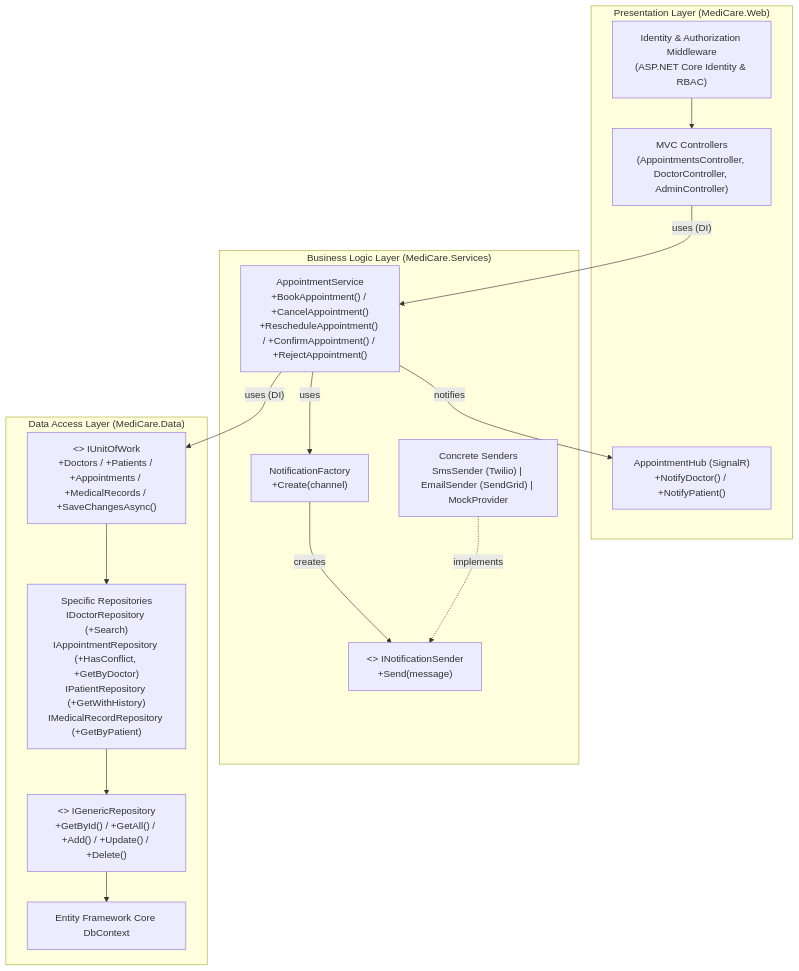
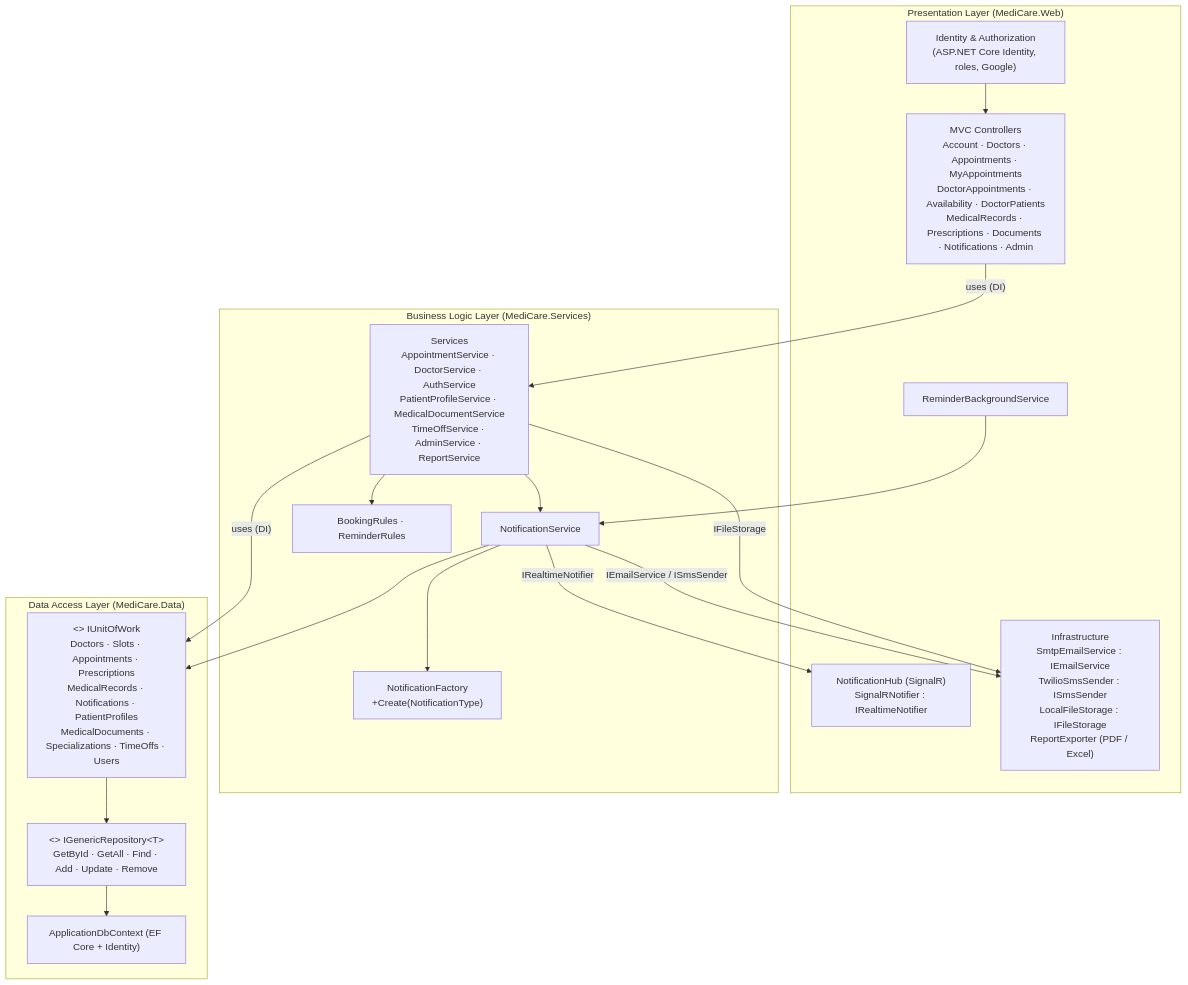
The second of 2 diagrams in mdFiles/4.5 System Deployment and Integration.md (3mrNasser/Medi-Care-Clinic-Management-Project-R5), drawn with Mermaid before and after one commit. The commit also changed other lines of this file and 18 other files, not shown here.

````diff
--- a/mdFiles/4.5 System Deployment and Integration.md
+++ b/mdFiles/4.5 System Deployment and Integration.md
@@ -68,33 +77,37 @@
 ```mermaid
 flowchart TB
     subgraph MediCare_Web ["Presentation Layer (MediCare.Web)"]
-        IdentityMW["Identity & Authorization Middleware<br/>(ASP.NET Core Identity & RBAC)"]
-        ApptCtrl["MVC Controllers<br/>(AppointmentsController, DoctorController, AdminController)"]
-        SignalRHub["AppointmentHub (SignalR)<br/>+NotifyDoctor() / +NotifyPatient()"]
+        IdentityMW["Identity & Authorization<br/>(ASP.NET Core Identity, roles, Google)"]
+        Ctrls["MVC Controllers<br/>Account · Doctors · Appointments · MyAppointments<br/>DoctorAppointments · Availability · DoctorPatients<br/>MedicalRecords · Prescriptions · Documents · Notifications · Admin"]
+        Hub["NotificationHub (SignalR)<br/>SignalRNotifier : IRealtimeNotifier"]
+        Job["ReminderBackgroundService"]
+        Infra["Infrastructure<br/>SmtpEmailService : IEmailService<br/>TwilioSmsSender : ISmsSender<br/>LocalFileStorage : IFileStorage<br/>ReportExporter (PDF / Excel)"]
     end
 
     subgraph MediCare_Services ["Business Logic Layer (MediCare.Services)"]
-        ApptSvc["AppointmentService<br/>+BookAppointment() / +CancelAppointment()<br/>+RescheduleAppointment() / +ConfirmAppointment() / +RejectAppointment()"]
-        NotifFact["NotificationFactory<br/>+Create(channel)"]
-        INotif["<<interface>> INotificationSender<br/>+Send(message)"]
-        Senders["Concrete Senders<br/>SmsSender (Twilio) | EmailSender (SendGrid) | MockProvider"]
+        Svcs["Services<br/>AppointmentService · DoctorService · AuthService<br/>PatientProfileService · MedicalDocumentService<br/>TimeOffService · AdminService · ReportService"]
+        NotifSvc["NotificationService"]
+        Fact["NotificationFactory<br/>+Create(NotificationType)"]
+        Rules["BookingRules · ReminderRules"]
     end
 
     subgraph MediCare_Data ["Data Access Layer (MediCare.Data)"]
-        IUoW["<<interface>> IUnitOfWork<br/>+Doctors / +Patients / +Appointments / +MedicalRecords / +SaveChangesAsync()"]
-        SpecRepos["Specific Repositories<br/>IDoctorRepository (+Search)<br/>IAppointmentRepository (+HasConflict, +GetByDoctor)<br/>IPatientRepository (+GetWithHistory)<br/>IMedicalRecordRepository (+GetByPatient)"]
-        GenRepo["<<interface>> IGenericRepository<T><br/>+GetById() / +GetAll() / +Add() / +Update() / +Delete()"]
-        DbCtx["Entity Framework Core DbContext"]
+        IUoW["<<interface>> IUnitOfWork<br/>Doctors · Slots · Appointments · Prescriptions<br/>MedicalRecords · Notifications · PatientProfiles<br/>MedicalDocuments · Specializations · TimeOffs · Users"]
+        GenRepo["<<interface>> IGenericRepository&lt;T&gt;<br/>GetById · GetAll · Find · Add · Update · Remove"]
+        DbCtx["ApplicationDbContext (EF Core + Identity)"]
     end
 
-    IdentityMW --> ApptCtrl
-    ApptCtrl -->|"uses (DI)"| ApptSvc
-    ApptSvc -->|"notifies"| SignalRHub
-    ApptSvc -->|"uses"| NotifFact
-    NotifFact -->|"creates"| INotif
-    Senders -.->|"implements"| INotif
-    ApptSvc -->|"uses (DI)"| IUoW
-    IUoW --> SpecRepos
-    SpecRepos --> GenRepo
+    IdentityMW --> Ctrls
+    Ctrls -->|"uses (DI)"| Svcs
+    Job --> NotifSvc
+    Svcs --> NotifSvc
+    NotifSvc --> Fact
+    NotifSvc -->|"IRealtimeNotifier"| Hub
+    NotifSvc -->|"IEmailService / ISmsSender"| Infra
+    Svcs -->|"IFileStorage"| Infra
+    Svcs --> Rules
+    Svcs -->|"uses (DI)"| IUoW
+    NotifSvc --> IUoW
+    IUoW --> GenRepo
     GenRepo --> DbCtx
 ```
````
